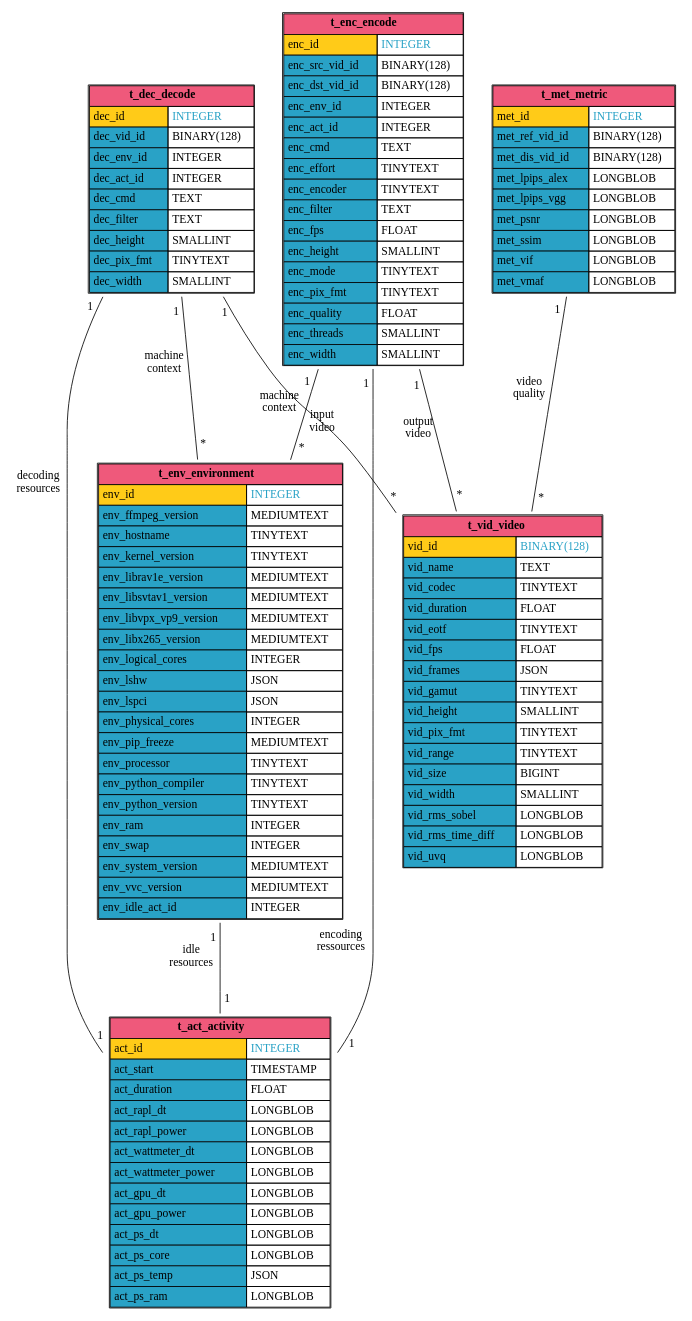
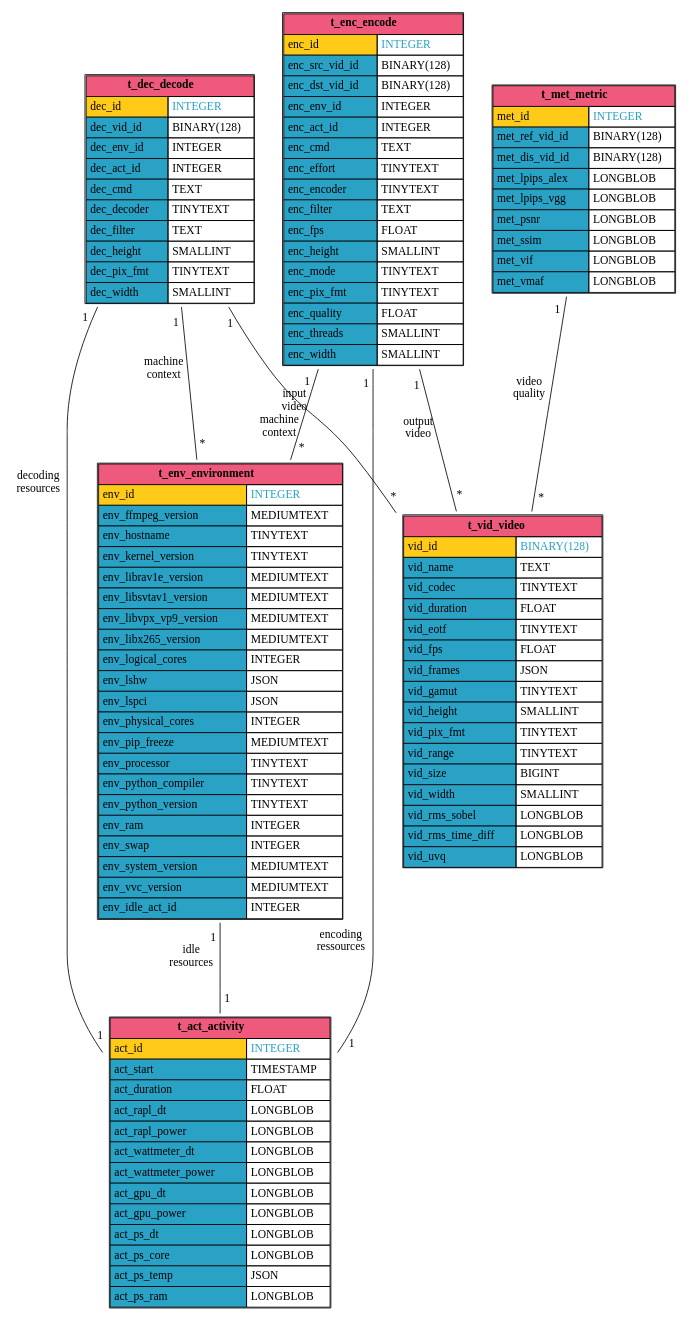
The diagram in docs/media/sql_database.dot (robinechuca/mendevi), drawn with Graphviz before and after one commit. The commit also changed 5 other files, not shown here.

```diff
--- a/docs/media/sql_database.dot
+++ b/docs/media/sql_database.dot
@@ -1,138 +1,139 @@
 # dot -Tsvg sql_database.dot > sql_database.svg
 graph database {
   node [shape=plaintext]
   t_act_activity [
     label=<
       <TABLE BORDER="1" CELLBORDER="1" CELLSPACING="0" CELLPADDING="4">
         <TR><TD COLSPAN="2" BGCOLOR="#ef597b"><B>t_act_activity</B></TD></TR>
         <TR><TD ALIGN="LEFT" BGCOLOR="#ffcb18">act_id</TD><TD ALIGN="LEFT"><FONT COLOR="#29a2c6">INTEGER</FONT></TD></TR>
         <TR><TD ALIGN="LEFT" BGCOLOR="#29a2c6">act_start</TD><TD ALIGN="LEFT">TIMESTAMP</TD></TR>
         <TR><TD ALIGN="LEFT" BGCOLOR="#29a2c6">act_duration</TD><TD ALIGN="LEFT">FLOAT</TD></TR>
         <TR><TD ALIGN="LEFT" BGCOLOR="#29a2c6">act_rapl_dt</TD><TD ALIGN="LEFT">LONGBLOB</TD></TR>
         <TR><TD ALIGN="LEFT" BGCOLOR="#29a2c6">act_rapl_power</TD><TD ALIGN="LEFT">LONGBLOB</TD></TR>
         <TR><TD ALIGN="LEFT" BGCOLOR="#29a2c6">act_wattmeter_dt</TD><TD ALIGN="LEFT">LONGBLOB</TD></TR>
         <TR><TD ALIGN="LEFT" BGCOLOR="#29a2c6">act_wattmeter_power</TD><TD ALIGN="LEFT">LONGBLOB</TD></TR>
         <TR><TD ALIGN="LEFT" BGCOLOR="#29a2c6">act_gpu_dt</TD><TD ALIGN="LEFT">LONGBLOB</TD></TR>
         <TR><TD ALIGN="LEFT" BGCOLOR="#29a2c6">act_gpu_power</TD><TD ALIGN="LEFT">LONGBLOB</TD></TR>
         <TR><TD ALIGN="LEFT" BGCOLOR="#29a2c6">act_ps_dt</TD><TD ALIGN="LEFT">LONGBLOB</TD></TR>
         <TR><TD ALIGN="LEFT" BGCOLOR="#29a2c6">act_ps_core</TD><TD ALIGN="LEFT">LONGBLOB</TD></TR>
         <TR><TD ALIGN="LEFT" BGCOLOR="#29a2c6">act_ps_temp</TD><TD ALIGN="LEFT">JSON</TD></TR>
         <TR><TD ALIGN="LEFT" BGCOLOR="#29a2c6">act_ps_ram</TD><TD ALIGN="LEFT">LONGBLOB</TD></TR>
       </TABLE>
     >
   ];
   t_vid_video [
     label=<
       <TABLE BORDER="1" CELLBORDER="1" CELLSPACING="0" CELLPADDING="4">
         <TR><TD COLSPAN="2" BGCOLOR="#ef597b"><B>t_vid_video</B></TD></TR>
         <TR><TD ALIGN="LEFT" BGCOLOR="#ffcb18">vid_id</TD><TD ALIGN="LEFT"><FONT COLOR="#29a2c6">BINARY(128)</FONT></TD></TR>
         <TR><TD ALIGN="LEFT" BGCOLOR="#29a2c6">vid_name</TD><TD ALIGN="LEFT">TEXT</TD></TR>
         <TR><TD ALIGN="LEFT" BGCOLOR="#29a2c6">vid_codec</TD><TD ALIGN="LEFT">TINYTEXT</TD></TR>
         <TR><TD ALIGN="LEFT" BGCOLOR="#29a2c6">vid_duration</TD><TD ALIGN="LEFT">FLOAT</TD></TR>
         <TR><TD ALIGN="LEFT" BGCOLOR="#29a2c6">vid_eotf</TD><TD ALIGN="LEFT">TINYTEXT</TD></TR>
         <TR><TD ALIGN="LEFT" BGCOLOR="#29a2c6">vid_fps</TD><TD ALIGN="LEFT">FLOAT</TD></TR>
         <TR><TD ALIGN="LEFT" BGCOLOR="#29a2c6">vid_frames</TD><TD ALIGN="LEFT">JSON</TD></TR>
         <TR><TD ALIGN="LEFT" BGCOLOR="#29a2c6">vid_gamut</TD><TD ALIGN="LEFT">TINYTEXT</TD></TR>
         <TR><TD ALIGN="LEFT" BGCOLOR="#29a2c6">vid_height</TD><TD ALIGN="LEFT">SMALLINT</TD></TR>
         <TR><TD ALIGN="LEFT" BGCOLOR="#29a2c6">vid_pix_fmt</TD><TD ALIGN="LEFT">TINYTEXT</TD></TR>
         <TR><TD ALIGN="LEFT" BGCOLOR="#29a2c6">vid_range</TD><TD ALIGN="LEFT">TINYTEXT</TD></TR>
         <TR><TD ALIGN="LEFT" BGCOLOR="#29a2c6">vid_size</TD><TD ALIGN="LEFT">BIGINT</TD></TR>
         <TR><TD ALIGN="LEFT" BGCOLOR="#29a2c6">vid_width</TD><TD ALIGN="LEFT">SMALLINT</TD></TR>
         <TR><TD ALIGN="LEFT" BGCOLOR="#29a2c6">vid_rms_sobel</TD><TD ALIGN="LEFT">LONGBLOB</TD></TR>
         <TR><TD ALIGN="LEFT" BGCOLOR="#29a2c6">vid_rms_time_diff</TD><TD ALIGN="LEFT">LONGBLOB</TD></TR>
         <TR><TD ALIGN="LEFT" BGCOLOR="#29a2c6">vid_uvq</TD><TD ALIGN="LEFT">LONGBLOB</TD></TR>
       </TABLE>
     >
   ];
   t_met_metric [
     label=<
       <TABLE BORDER="1" CELLBORDER="1" CELLSPACING="0" CELLPADDING="4">
         <TR><TD COLSPAN="2" BGCOLOR="#ef597b"><B>t_met_metric</B></TD></TR>
         <TR><TD ALIGN="LEFT" BGCOLOR="#ffcb18">met_id</TD><TD ALIGN="LEFT"><FONT COLOR="#29a2c6">INTEGER</FONT></TD></TR>
         <TR><TD ALIGN="LEFT" BGCOLOR="#29a2c6">met_ref_vid_id</TD><TD ALIGN="LEFT">BINARY(128)</TD></TR>
         <TR><TD ALIGN="LEFT" BGCOLOR="#29a2c6">met_dis_vid_id</TD><TD ALIGN="LEFT">BINARY(128)</TD></TR>
         <TR><TD ALIGN="LEFT" BGCOLOR="#29a2c6">met_lpips_alex</TD><TD ALIGN="LEFT">LONGBLOB</TD></TR>
         <TR><TD ALIGN="LEFT" BGCOLOR="#29a2c6">met_lpips_vgg</TD><TD ALIGN="LEFT">LONGBLOB</TD></TR>
         <TR><TD ALIGN="LEFT" BGCOLOR="#29a2c6">met_psnr</TD><TD ALIGN="LEFT">LONGBLOB</TD></TR>
         <TR><TD ALIGN="LEFT" BGCOLOR="#29a2c6">met_ssim</TD><TD ALIGN="LEFT">LONGBLOB</TD></TR>
         <TR><TD ALIGN="LEFT" BGCOLOR="#29a2c6">met_vif</TD><TD ALIGN="LEFT">LONGBLOB</TD></TR>
         <TR><TD ALIGN="LEFT" BGCOLOR="#29a2c6">met_vmaf</TD><TD ALIGN="LEFT">LONGBLOB</TD></TR>
       </TABLE>
     >
   ];
   t_env_environment [
     label=<
       <TABLE BORDER="1" CELLBORDER="1" CELLSPACING="0" CELLPADDING="4">
         <TR><TD COLSPAN="2" BGCOLOR="#ef597b"><B>t_env_environment</B></TD></TR>
         <TR><TD ALIGN="LEFT" BGCOLOR="#ffcb18">env_id</TD><TD ALIGN="LEFT"><FONT COLOR="#29a2c6">INTEGER</FONT></TD></TR>
         <TR><TD ALIGN="LEFT" BGCOLOR="#29a2c6">env_ffmpeg_version</TD><TD ALIGN="LEFT">MEDIUMTEXT</TD></TR>
         <TR><TD ALIGN="LEFT" BGCOLOR="#29a2c6">env_hostname</TD><TD ALIGN="LEFT">TINYTEXT</TD></TR>
         <TR><TD ALIGN="LEFT" BGCOLOR="#29a2c6">env_kernel_version</TD><TD ALIGN="LEFT">TINYTEXT</TD></TR>
         <TR><TD ALIGN="LEFT" BGCOLOR="#29a2c6">env_librav1e_version</TD><TD ALIGN="LEFT">MEDIUMTEXT</TD></TR>
         <TR><TD ALIGN="LEFT" BGCOLOR="#29a2c6">env_libsvtav1_version</TD><TD ALIGN="LEFT">MEDIUMTEXT</TD></TR>
         <TR><TD ALIGN="LEFT" BGCOLOR="#29a2c6">env_libvpx_vp9_version</TD><TD ALIGN="LEFT">MEDIUMTEXT</TD></TR>
         <TR><TD ALIGN="LEFT" BGCOLOR="#29a2c6">env_libx265_version</TD><TD ALIGN="LEFT">MEDIUMTEXT</TD></TR>
         <TR><TD ALIGN="LEFT" BGCOLOR="#29a2c6">env_logical_cores</TD><TD ALIGN="LEFT">INTEGER</TD></TR>
         <TR><TD ALIGN="LEFT" BGCOLOR="#29a2c6">env_lshw</TD><TD ALIGN="LEFT">JSON</TD></TR>
         <TR><TD ALIGN="LEFT" BGCOLOR="#29a2c6">env_lspci</TD><TD ALIGN="LEFT">JSON</TD></TR>
         <TR><TD ALIGN="LEFT" BGCOLOR="#29a2c6">env_physical_cores</TD><TD ALIGN="LEFT">INTEGER</TD></TR>
         <TR><TD ALIGN="LEFT" BGCOLOR="#29a2c6">env_pip_freeze</TD><TD ALIGN="LEFT">MEDIUMTEXT</TD></TR>
         <TR><TD ALIGN="LEFT" BGCOLOR="#29a2c6">env_processor</TD><TD ALIGN="LEFT">TINYTEXT</TD></TR>
         <TR><TD ALIGN="LEFT" BGCOLOR="#29a2c6">env_python_compiler</TD><TD ALIGN="LEFT">TINYTEXT</TD></TR>
         <TR><TD ALIGN="LEFT" BGCOLOR="#29a2c6">env_python_version</TD><TD ALIGN="LEFT">TINYTEXT</TD></TR>
         <TR><TD ALIGN="LEFT" BGCOLOR="#29a2c6">env_ram</TD><TD ALIGN="LEFT">INTEGER</TD></TR>
         <TR><TD ALIGN="LEFT" BGCOLOR="#29a2c6">env_swap</TD><TD ALIGN="LEFT">INTEGER</TD></TR>
         <TR><TD ALIGN="LEFT" BGCOLOR="#29a2c6">env_system_version</TD><TD ALIGN="LEFT">MEDIUMTEXT</TD></TR>
         <TR><TD ALIGN="LEFT" BGCOLOR="#29a2c6">env_vvc_version</TD><TD ALIGN="LEFT">MEDIUMTEXT</TD></TR>
         <TR><TD ALIGN="LEFT" BGCOLOR="#29a2c6">env_idle_act_id</TD><TD ALIGN="LEFT">INTEGER</TD></TR>
       </TABLE>
     >
   ];
   t_dec_decode [
     label=<
       <TABLE BORDER="1" CELLBORDER="1" CELLSPACING="0" CELLPADDING="4">
         <TR><TD COLSPAN="2" BGCOLOR="#ef597b"><B>t_dec_decode</B></TD></TR>
         <TR><TD ALIGN="LEFT" BGCOLOR="#ffcb18">dec_id</TD><TD ALIGN="LEFT"><FONT COLOR="#29a2c6">INTEGER</FONT></TD></TR>
         <TR><TD ALIGN="LEFT" BGCOLOR="#29a2c6">dec_vid_id</TD><TD ALIGN="LEFT">BINARY(128)</TD></TR>
         <TR><TD ALIGN="LEFT" BGCOLOR="#29a2c6">dec_env_id</TD><TD ALIGN="LEFT">INTEGER</TD></TR>
         <TR><TD ALIGN="LEFT" BGCOLOR="#29a2c6">dec_act_id</TD><TD ALIGN="LEFT">INTEGER</TD></TR>
         <TR><TD ALIGN="LEFT" BGCOLOR="#29a2c6">dec_cmd</TD><TD ALIGN="LEFT">TEXT</TD></TR>
+        <TR><TD ALIGN="LEFT" BGCOLOR="#29a2c6">dec_decoder</TD><TD ALIGN="LEFT">TINYTEXT</TD></TR>
         <TR><TD ALIGN="LEFT" BGCOLOR="#29a2c6">dec_filter</TD><TD ALIGN="LEFT">TEXT</TD></TR>
         <TR><TD ALIGN="LEFT" BGCOLOR="#29a2c6">dec_height</TD><TD ALIGN="LEFT">SMALLINT</TD></TR>
         <TR><TD ALIGN="LEFT" BGCOLOR="#29a2c6">dec_pix_fmt</TD><TD ALIGN="LEFT">TINYTEXT</TD></TR>
         <TR><TD ALIGN="LEFT" BGCOLOR="#29a2c6">dec_width</TD><TD ALIGN="LEFT">SMALLINT</TD></TR>
       </TABLE>
     >
   ];
   t_enc_encode [
     label=<
       <TABLE BORDER="1" CELLBORDER="1" CELLSPACING="0" CELLPADDING="4">
         <TR><TD COLSPAN="2" BGCOLOR="#ef597b"><B>t_enc_encode</B></TD></TR>
         <TR><TD ALIGN="LEFT" BGCOLOR="#ffcb18">enc_id</TD><TD ALIGN="LEFT"><FONT COLOR="#29a2c6">INTEGER</FONT></TD></TR>
         <TR><TD ALIGN="LEFT" BGCOLOR="#29a2c6">enc_src_vid_id</TD><TD ALIGN="LEFT">BINARY(128)</TD></TR>
         <TR><TD ALIGN="LEFT" BGCOLOR="#29a2c6">enc_dst_vid_id</TD><TD ALIGN="LEFT">BINARY(128)</TD></TR>
         <TR><TD ALIGN="LEFT" BGCOLOR="#29a2c6">enc_env_id</TD><TD ALIGN="LEFT">INTEGER</TD></TR>
         <TR><TD ALIGN="LEFT" BGCOLOR="#29a2c6">enc_act_id</TD><TD ALIGN="LEFT">INTEGER</TD></TR>
         <TR><TD ALIGN="LEFT" BGCOLOR="#29a2c6">enc_cmd</TD><TD ALIGN="LEFT">TEXT</TD></TR>
         <TR><TD ALIGN="LEFT" BGCOLOR="#29a2c6">enc_effort</TD><TD ALIGN="LEFT">TINYTEXT</TD></TR>
         <TR><TD ALIGN="LEFT" BGCOLOR="#29a2c6">enc_encoder</TD><TD ALIGN="LEFT">TINYTEXT</TD></TR>
         <TR><TD ALIGN="LEFT" BGCOLOR="#29a2c6">enc_filter</TD><TD ALIGN="LEFT">TEXT</TD></TR>
         <TR><TD ALIGN="LEFT" BGCOLOR="#29a2c6">enc_fps</TD><TD ALIGN="LEFT">FLOAT</TD></TR>
         <TR><TD ALIGN="LEFT" BGCOLOR="#29a2c6">enc_height</TD><TD ALIGN="LEFT">SMALLINT</TD></TR>
         <TR><TD ALIGN="LEFT" BGCOLOR="#29a2c6">enc_mode</TD><TD ALIGN="LEFT">TINYTEXT</TD></TR>
         <TR><TD ALIGN="LEFT" BGCOLOR="#29a2c6">enc_pix_fmt</TD><TD ALIGN="LEFT">TINYTEXT</TD></TR>
         <TR><TD ALIGN="LEFT" BGCOLOR="#29a2c6">enc_quality</TD><TD ALIGN="LEFT">FLOAT</TD></TR>
         <TR><TD ALIGN="LEFT" BGCOLOR="#29a2c6">enc_threads</TD><TD ALIGN="LEFT">SMALLINT</TD></TR>
         <TR><TD ALIGN="LEFT" BGCOLOR="#29a2c6">enc_width</TD><TD ALIGN="LEFT">SMALLINT</TD></TR>
       </TABLE>
     >
   ];
   t_enc_encode -- t_act_activity [minlen=3, taillabel="1", headlabel="1", xlabel="encoding\nressources", labeldistance=2.0]
   t_enc_encode -- t_env_environment [minlen=3, taillabel="1", headlabel="*", xlabel="machine\ncontext", labeldistance=2.0]
   t_enc_encode -- t_vid_video [minlen=3, taillabel="1", headlabel="*", xlabel="output\nvideo", labeldistance=2.0]
   t_met_metric -- t_vid_video [minlen=3, taillabel="1", headlabel="*", xlabel="video\nquality", labeldistance=2.0]
   t_dec_decode -- t_act_activity [minlen=3, taillabel="1", headlabel="1", xlabel="decoding\nresources", labeldistance=2.0]
   t_dec_decode -- t_env_environment [minlen=3, taillabel="1", headlabel="*", xlabel="machine\ncontext", labeldistance=2.0]
   t_dec_decode -- t_vid_video [minlen=3, taillabel="1", headlabel="*", xlabel="input\nvideo", labeldistance=2.0]
   t_env_environment -- t_act_activity [minlen=3, taillabel="1", headlabel="1", xlabel="idle\nresources", labeldistance=2.0]
 }
```
